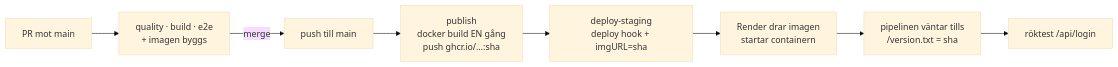
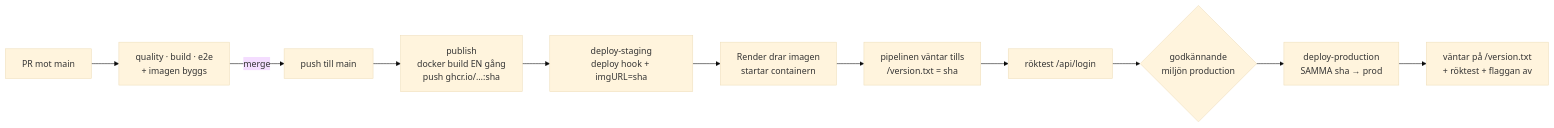
The diagram in docs/deploy.md (jonatanhallenberg/kraftly-a11y-labb), drawn with Mermaid (base theme) before and after one commit. The commit also changed other lines of this file and 17 other files, not shown here.

Commit message:
prod-facit (M5): produktionsmiljö med godkännande, Norge bakom körtidsflagga, cache-headers med bevis, rollback genomförd och dokumenterad, docs/scaling.md förankrad i mätning, K8s-manifest som dörr

````diff
--- a/docs/deploy.md
+++ b/docs/deploy.md
@@ -7,10 +7,13 @@
 ```mermaid
 flowchart LR
   PR[PR mot main] --> CI[quality · build · e2e<br/>+ imagen byggs]
   CI -->|merge| MAIN[push till main]
   MAIN --> PUB[publish<br/>docker build EN gång<br/>push ghcr.io/…:sha]
   PUB --> DEP[deploy-staging<br/>deploy hook + imgURL=sha]
   DEP --> R[Render drar imagen<br/>startar containern]
   R --> V[pipelinen väntar tills<br/>/version.txt = sha]
   V --> S[röktest /api/login]
+  S --> A{godkännande<br/>miljön production}
+  A --> P[deploy-production<br/>SAMMA sha → prod]
+  P --> V2[väntar på /version.txt<br/>+ röktest + flaggan av]
 ```
````
